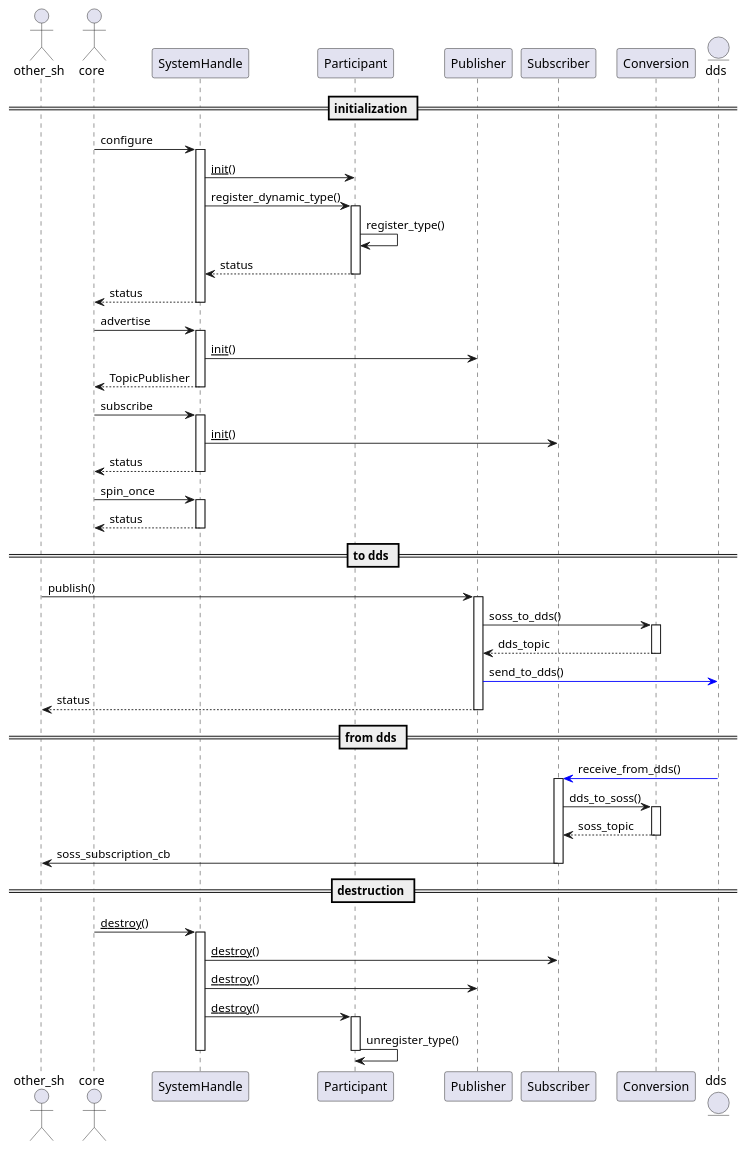
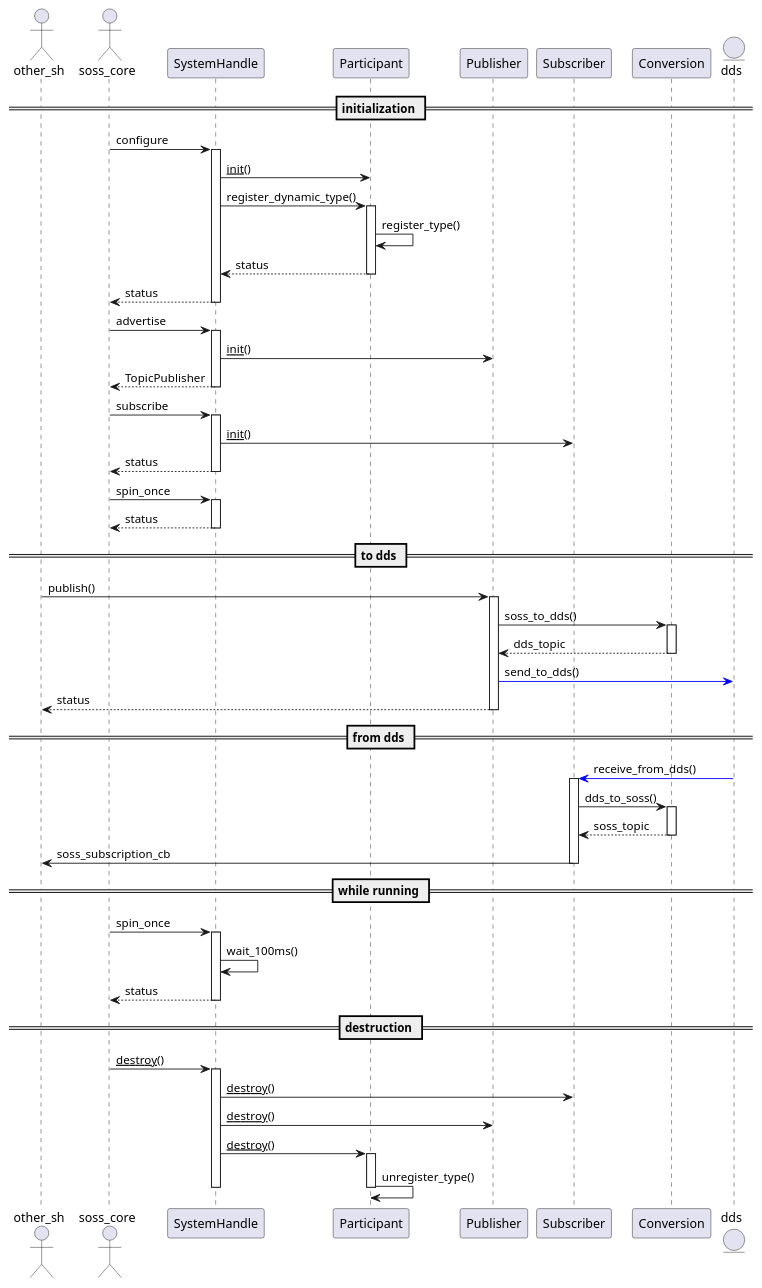
One commit to eProsima/FastDDS-SH changed the diagram in doc/diagram-design/sequence.puml. Above: the diagram before and after it, drawn with PlantUML. The commit also changed 1 other file, not shown here.

```diff
--- a/doc/diagram-design/sequence.puml
+++ b/doc/diagram-design/sequence.puml
@@ -1,72 +1,79 @@
 @startuml
 actor other_sh
-actor core
+actor soss_core
 participant SystemHandle
 participant Participant
 participant Publisher
 participant Subscriber
 participant Conversion
 entity dds
 
 == initialization ==
-core -> SystemHandle: configure
+soss_core -> SystemHandle: configure
 activate SystemHandle
 SystemHandle -> Participant: __init__()
 SystemHandle -> Participant: register_dynamic_type()
 activate Participant
 Participant -> Participant: register_type()
 SystemHandle <-- Participant: status
 deactivate Participant
-core <-- SystemHandle: status
+soss_core <-- SystemHandle: status
 deactivate SystemHandle
 
-core -> SystemHandle: advertise
+soss_core -> SystemHandle: advertise
 activate SystemHandle
 SystemHandle -> Publisher: __init__()
-core <-- SystemHandle: TopicPublisher
+soss_core <-- SystemHandle: TopicPublisher
 deactivate SystemHandle
 
-core -> SystemHandle: subscribe
+soss_core -> SystemHandle: subscribe
 activate SystemHandle
 SystemHandle -> Subscriber: __init__()
-core <-- SystemHandle: status
+soss_core <-- SystemHandle: status
 deactivate SystemHandle
 
-core -> SystemHandle: spin_once
+soss_core -> SystemHandle: spin_once
 activate SystemHandle
-core <-- SystemHandle: status
+soss_core <-- SystemHandle: status
 deactivate SystemHandle
 
 == to dds ==
 other_sh -> Publisher: publish()
 activate Publisher
 Publisher -> Conversion: soss_to_dds()
 activate Conversion
 Publisher <-- Conversion: dds_topic
 deactivate Conversion
 Publisher -[#0000FF]> dds: send_to_dds()
 other_sh <-- Publisher: status
 deactivate Publisher
 
 == from dds ==
 dds -[#0000FF]> Subscriber: receive_from_dds()
 activate Subscriber
 Subscriber -> Conversion: dds_to_soss()
 activate Conversion
 Subscriber <-- Conversion: soss_topic
 deactivate Conversion
 Subscriber -> other_sh: soss_subscription_cb
 deactivate Subscriber
 
+== while running ==
+soss_core -> SystemHandle: spin_once
+activate SystemHandle
+SystemHandle -> SystemHandle: wait_100ms()
+soss_core <-- SystemHandle: status
+deactivate SystemHandle
+
 == destruction ==
-core -> SystemHandle: __destroy__()
+soss_core -> SystemHandle: __destroy__()
 activate SystemHandle
 SystemHandle -> Subscriber: __destroy__()
 SystemHandle -> Publisher: __destroy__()
 SystemHandle -> Participant: __destroy__()
 activate Participant
 Participant -> Participant: unregister_type()
 deactivate Participant
 deactivate SystemHandle
 
 @enduml
```
